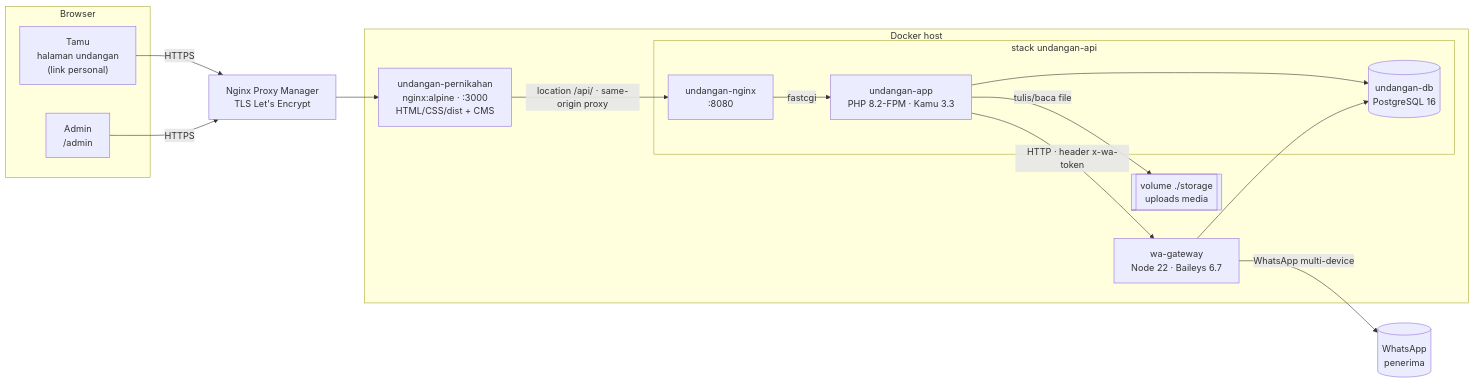
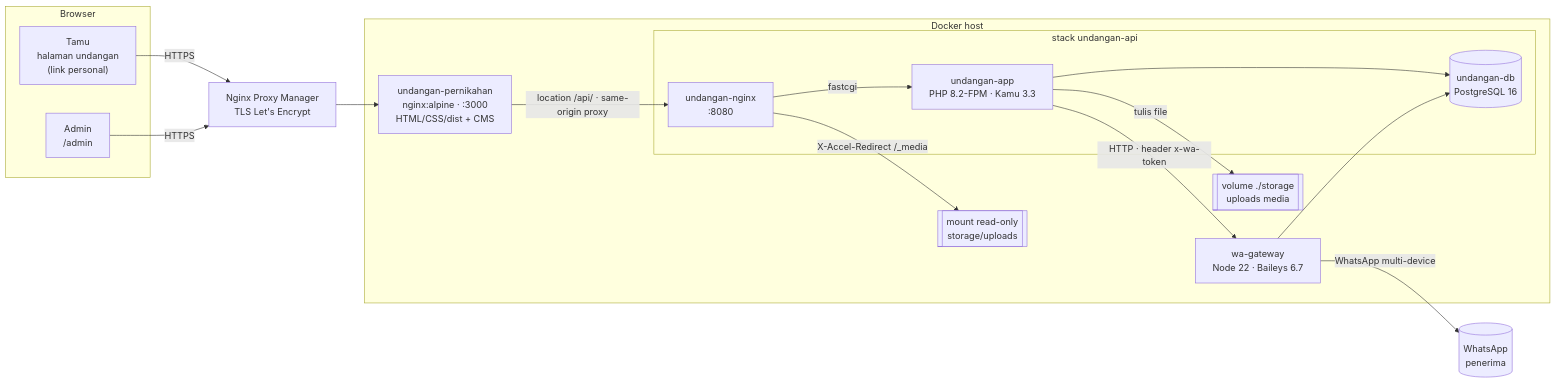
Before and after one commit to rizkialvan/undangan-pernikahan: the first of 4 diagrams in README.md, drawn with Mermaid. The commit also changed other lines of this file and 19 other files, not shown here.

````diff
--- a/README.md
+++ b/README.md
@@ -91,33 +108,35 @@
 ```mermaid
 flowchart LR
     subgraph Client["Browser"]
         G["Tamu<br/>halaman undangan<br/>(link personal)"]
         A["Admin<br/>/admin"]
     end
 
     NPM["Nginx Proxy Manager<br/>TLS Let's Encrypt"]
 
     subgraph Host["Docker host"]
         WEB["undangan-pernikahan<br/>nginx:alpine · :3000<br/>HTML/CSS/dist + CMS"]
         subgraph APISTACK["stack undangan-api"]
             AN["undangan-nginx<br/>:8080"]
             APP["undangan-app<br/>PHP 8.2-FPM · Kamu 3.3"]
             DB[("undangan-db<br/>PostgreSQL 16")]
         end
         VOL[["volume ./storage<br/>uploads media"]]
+        MEDIA[["mount read-only<br/>storage/uploads"]]
         WA["wa-gateway<br/>Node 22 · Baileys 6.7"]
     end
 
     WAP[("WhatsApp<br/>penerima")]
 
     G -->|HTTPS| NPM
     A -->|HTTPS| NPM
     NPM --> WEB
     WEB -->|"location /api/ · same-origin proxy"| AN
     AN -->|fastcgi| APP
     APP --> DB
-    APP -->|"tulis/baca file"| VOL
+    APP -->|"tulis file"| VOL
+    AN -->|"X-Accel-Redirect /_media"| MEDIA
     APP -->|"HTTP · header x-wa-token"| WA
     WA -->|"WhatsApp multi-device"| WAP
     WA --> DB
 ```
````
